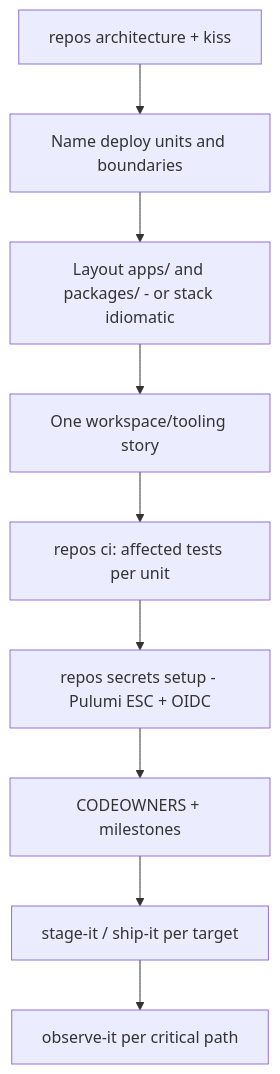
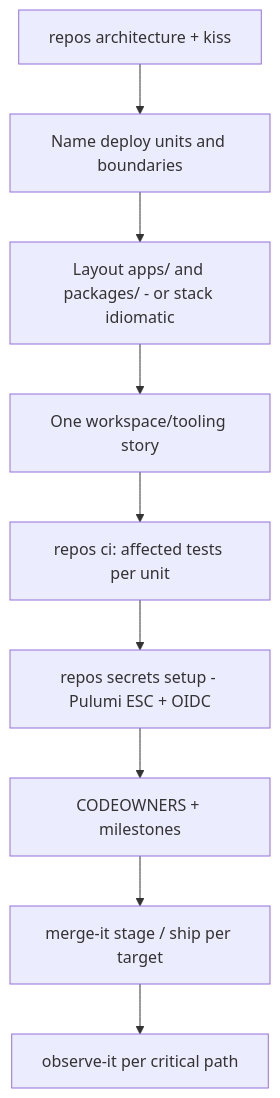
Before and after one commit to DecisionNerd/dev-skills: the diagram in handbook/paths/04-monorepo.md, drawn with Mermaid. The commit also changed other lines of this file and 95 other files, not shown here.

First line of the commit message:
Add shared operating contract to skills; fold ship-it and stage-it into merge-it (#2)

````diff
--- a/handbook/paths/04-monorepo.md
+++ b/handbook/paths/04-monorepo.md
@@ -35,11 +35,11 @@
 ```mermaid
 flowchart TD
   A[repos architecture + kiss] --> B[Name deploy units and boundaries]
   B --> C[Layout apps/ and packages/ - or stack idiomatic]
   C --> D[One workspace/tooling story]
   D --> E[repos ci: affected tests per unit]
   E --> F[repos secrets setup - Pulumi ESC + OIDC]
   F --> G[CODEOWNERS + milestones]
-  G --> H[stage-it / ship-it per target]
+  G --> H[merge-it stage / ship per target]
   H --> I[observe-it per critical path]
 ```
````
